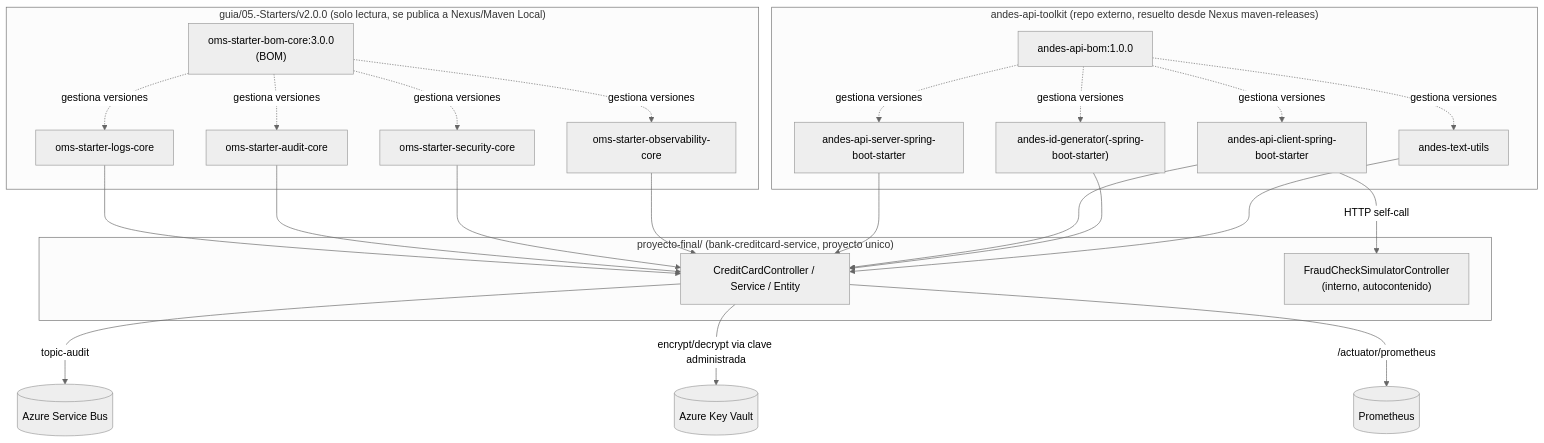
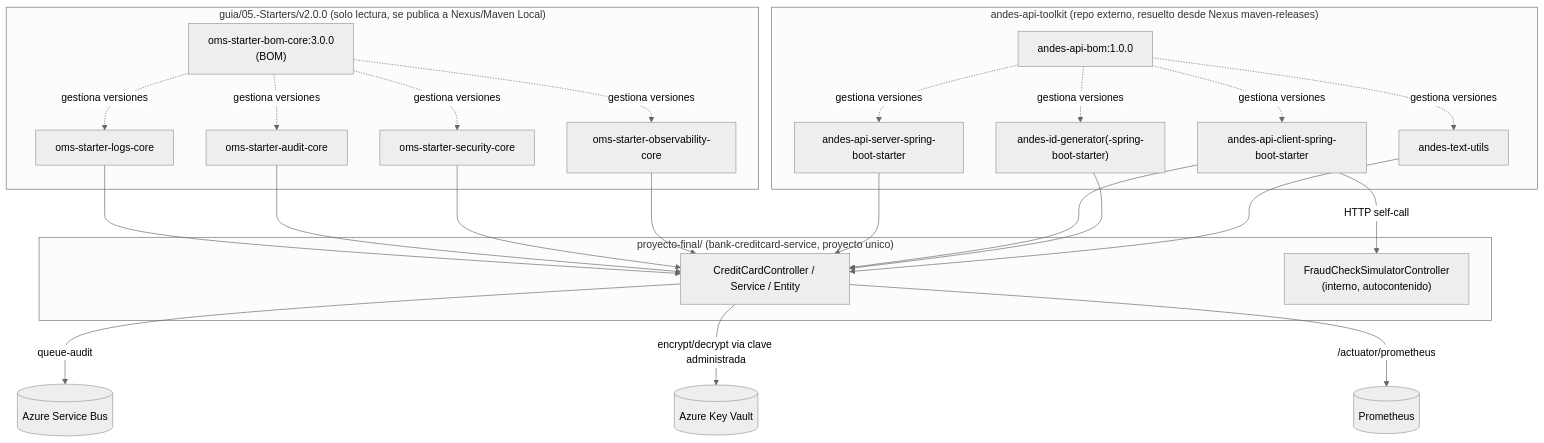
One commit to AdrianN17/ProyectoFinalStartedGT changed the first of 2 diagrams in proyecto-final/docs/ARQUITECTURA.md. Above: the diagram before and after it, drawn with Mermaid (neutral theme). The commit also changed other lines of this file and 81 other files, not shown here.

````diff
--- a/proyecto-final/docs/ARQUITECTURA.md
+++ b/proyecto-final/docs/ARQUITECTURA.md
@@ -5,46 +5,46 @@
 ```mermaid
 graph TB
     subgraph "guia/05.-Starters/v2.0.0 (solo lectura, se publica a Nexus/Maven Local)"
         BOM["oms-starter-bom-core:3.0.0<br/>(BOM)"]
         LOGS["oms-starter-logs-core"]
         AUDIT["oms-starter-audit-core"]
         SEC["oms-starter-security-core"]
         OBS["oms-starter-observability-core"]
     end
 
     subgraph "andes-api-toolkit (repo externo, resuelto desde Nexus maven-releases)"
         ANDESBOM["andes-api-bom:1.0.0"]
         ASERVER["andes-api-server-spring-boot-starter"]
         ACLIENT["andes-api-client-spring-boot-starter"]
         AIDGEN["andes-id-generator(-spring-boot-starter)"]
         ATEXT["andes-text-utils"]
     end
 
     subgraph "proyecto-final/ (bank-creditcard-service, proyecto unico)"
         APP["CreditCardController / Service / Entity"]
         FRAUD["FraudCheckSimulatorController<br/>(interno, autocontenido)"]
     end
 
     BOM -. gestiona versiones .-> LOGS
     BOM -. gestiona versiones .-> AUDIT
     BOM -. gestiona versiones .-> SEC
     BOM -. gestiona versiones .-> OBS
     ANDESBOM -. gestiona versiones .-> ASERVER
     ANDESBOM -. gestiona versiones .-> ACLIENT
     ANDESBOM -. gestiona versiones .-> AIDGEN
     ANDESBOM -. gestiona versiones .-> ATEXT
 
     LOGS --> APP
     AUDIT --> APP
     SEC --> APP
     OBS --> APP
     ASERVER --> APP
     ACLIENT --> APP
     AIDGEN --> APP
     ATEXT --> APP
 
-    APP -->|topic-audit| SBUS[(Azure Service Bus)]
+    APP -->|queue-audit| SBUS[(Azure Service Bus)]
     APP -->|encrypt/decrypt via clave administrada| AKV[(Azure Key Vault)]
     APP -->|/actuator/prometheus| PROM[(Prometheus)]
     ACLIENT -->|HTTP self-call| FRAUD
 ```
````
